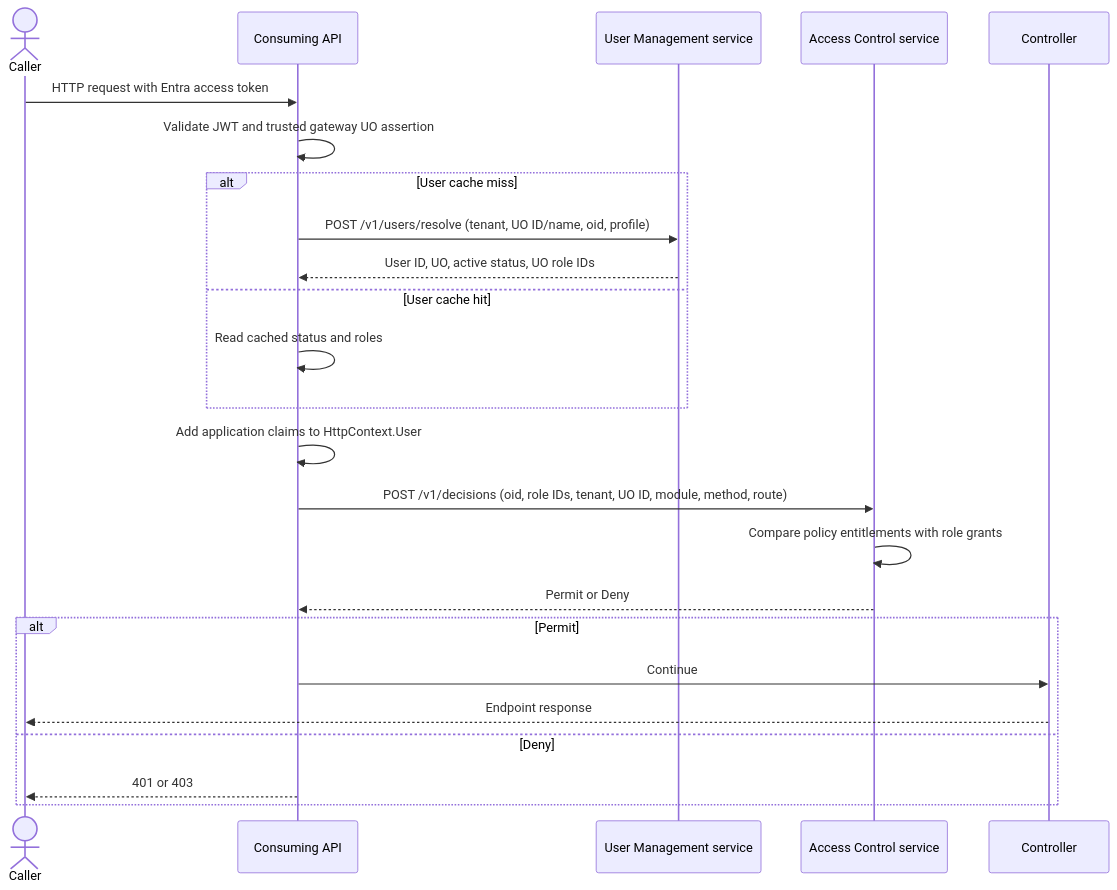
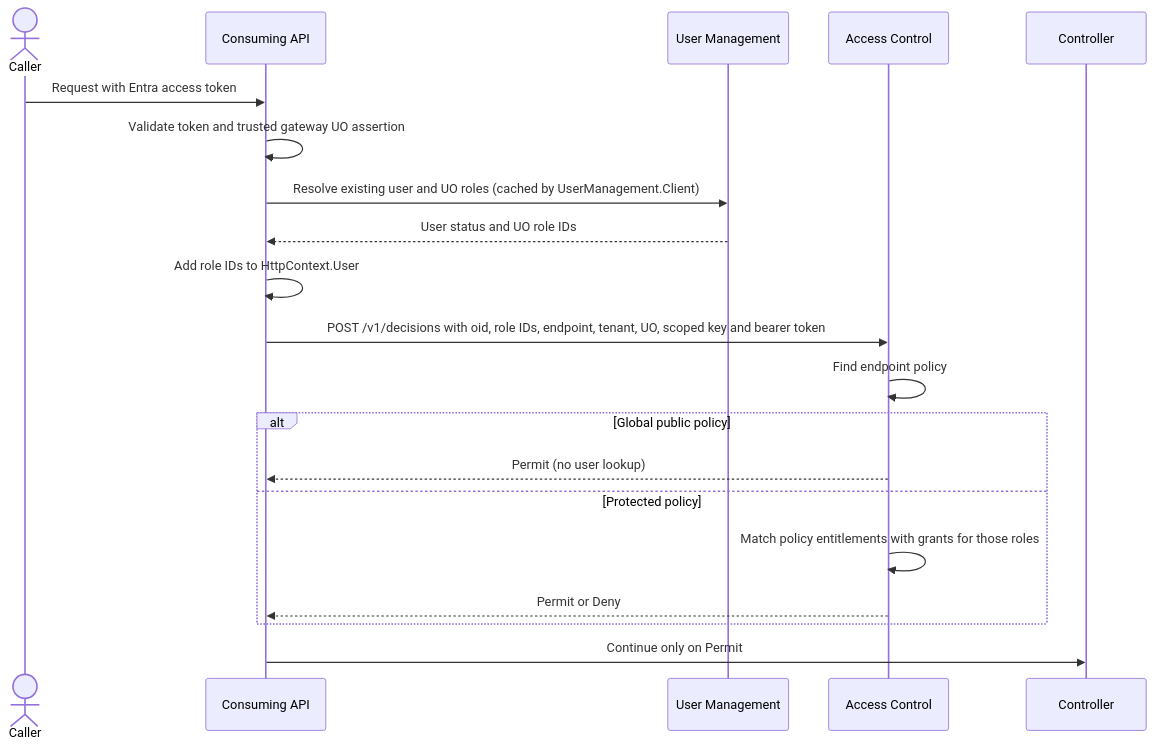
Before and after one commit to NMomchilo/AccessControl: the diagram in README.md, drawn with Mermaid. The commit also changed other lines of this file and 138 other files, not shown here.

Commit message:
add superadmin and admin and fix flow

````diff
--- a/README.md
+++ b/README.md
@@ -7,26 +7,22 @@
 ```mermaid
 sequenceDiagram
     actor Caller
     participant API as Consuming API
-    participant UM as User Management service
-    participant AC as Access Control service
+    participant UM as User Management
+    participant AC as Access Control
     participant Controller
-    Caller->>API: HTTP request with Entra access token
-    API->>API: Validate JWT and trusted gateway UO assertion
-    alt User cache miss
-        API->>UM: POST /v1/users/resolve (tenant, UO ID/name, oid, profile)
-        UM-->>API: User ID, UO, active status, UO role IDs
-    else User cache hit
-        API->>API: Read cached status and roles
+    Caller->>API: Request with Entra access token
+    API->>API: Validate token and trusted gateway UO assertion
+    API->>UM: Resolve existing user and UO roles (cached by UserManagement.Client)
+    UM-->>API: User status and UO role IDs
+    API->>API: Add role IDs to HttpContext.User
+    API->>AC: POST /v1/decisions with oid, role IDs, endpoint, tenant, UO, scoped key and bearer token
+    AC->>AC: Find endpoint policy
+    alt Global public policy
+        AC-->>API: Permit (no user lookup)
+    else Protected policy
+        AC->>AC: Match policy entitlements with grants for those roles
+        AC-->>API: Permit or Deny
     end
-    API->>API: Add application claims to HttpContext.User
-    API->>AC: POST /v1/decisions (oid, role IDs, tenant, UO ID, module, method, route)
-    AC->>AC: Compare policy entitlements with role grants
-    AC-->>API: Permit or Deny
-    alt Permit
-        API->>Controller: Continue
-        Controller-->>Caller: Endpoint response
-    else Deny
-        API-->>Caller: 401 or 403
-    end
+    API->>Controller: Continue only on Permit
 ```
````
